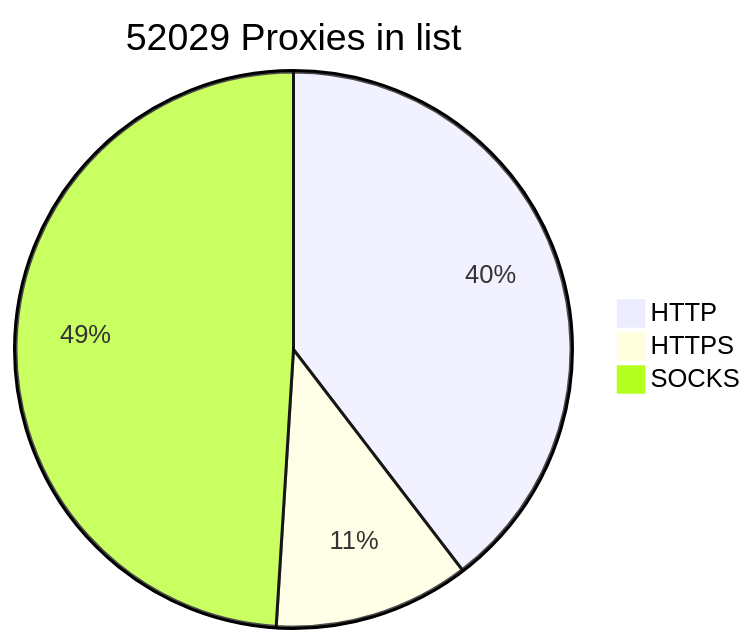
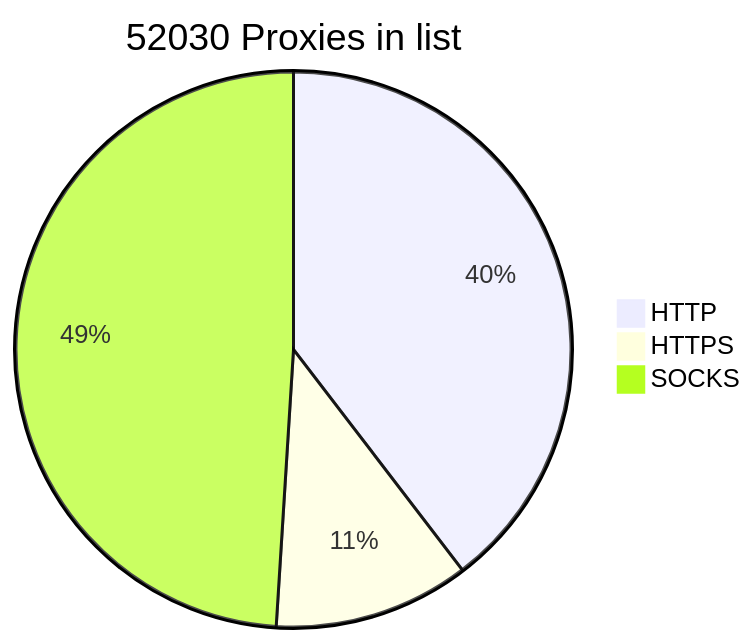
The diagram in README.md (BlackSnowDot/proxylist-update-every-minute), drawn with Mermaid before and after one commit.

````diff
--- a/README.md
+++ b/README.md
@@ -2,6 +2,6 @@
 ```mermaid
-pie title 52029 Proxies in list
+pie title 52030 Proxies in list
     "HTTP" : 22926
     "HTTPS": 6598
-    "SOCKS" : 28374
+    "SOCKS" : 28375
 ```
````
